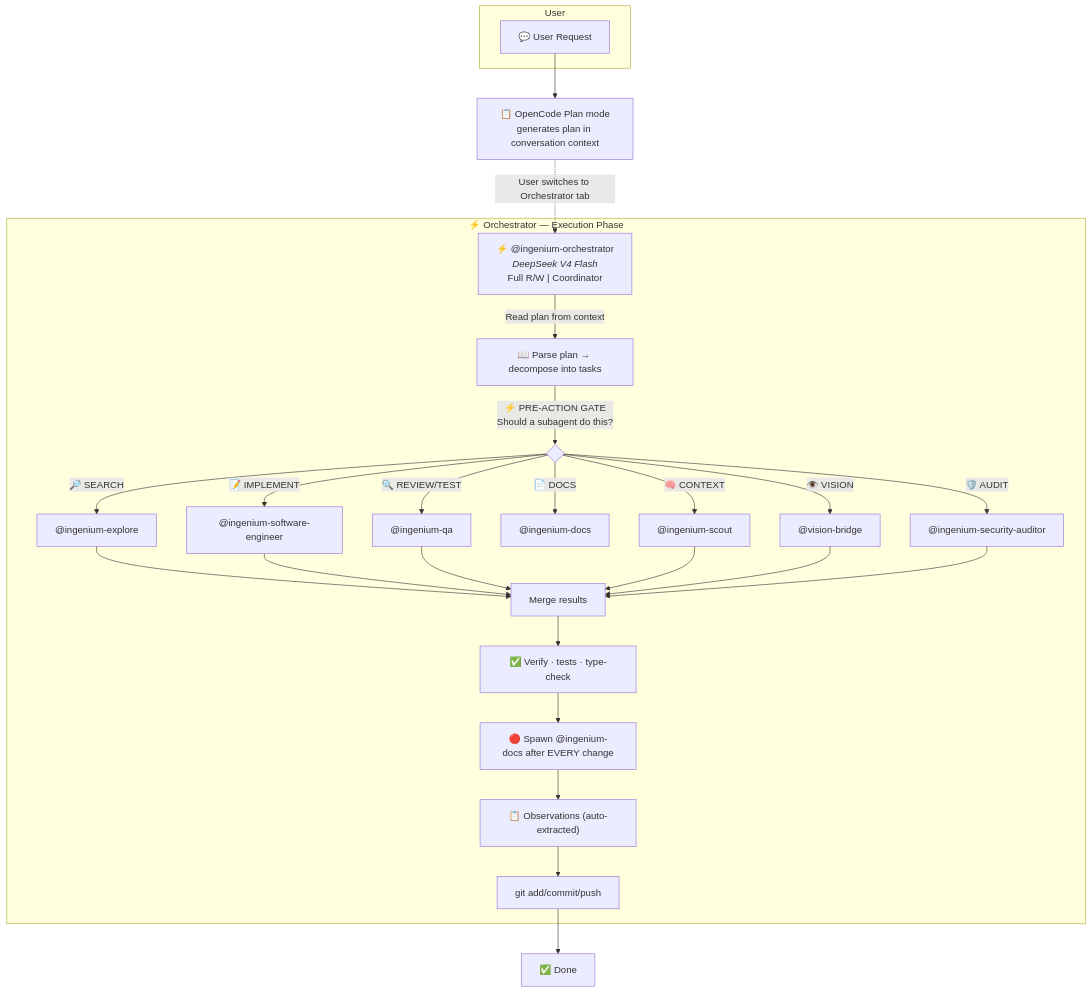
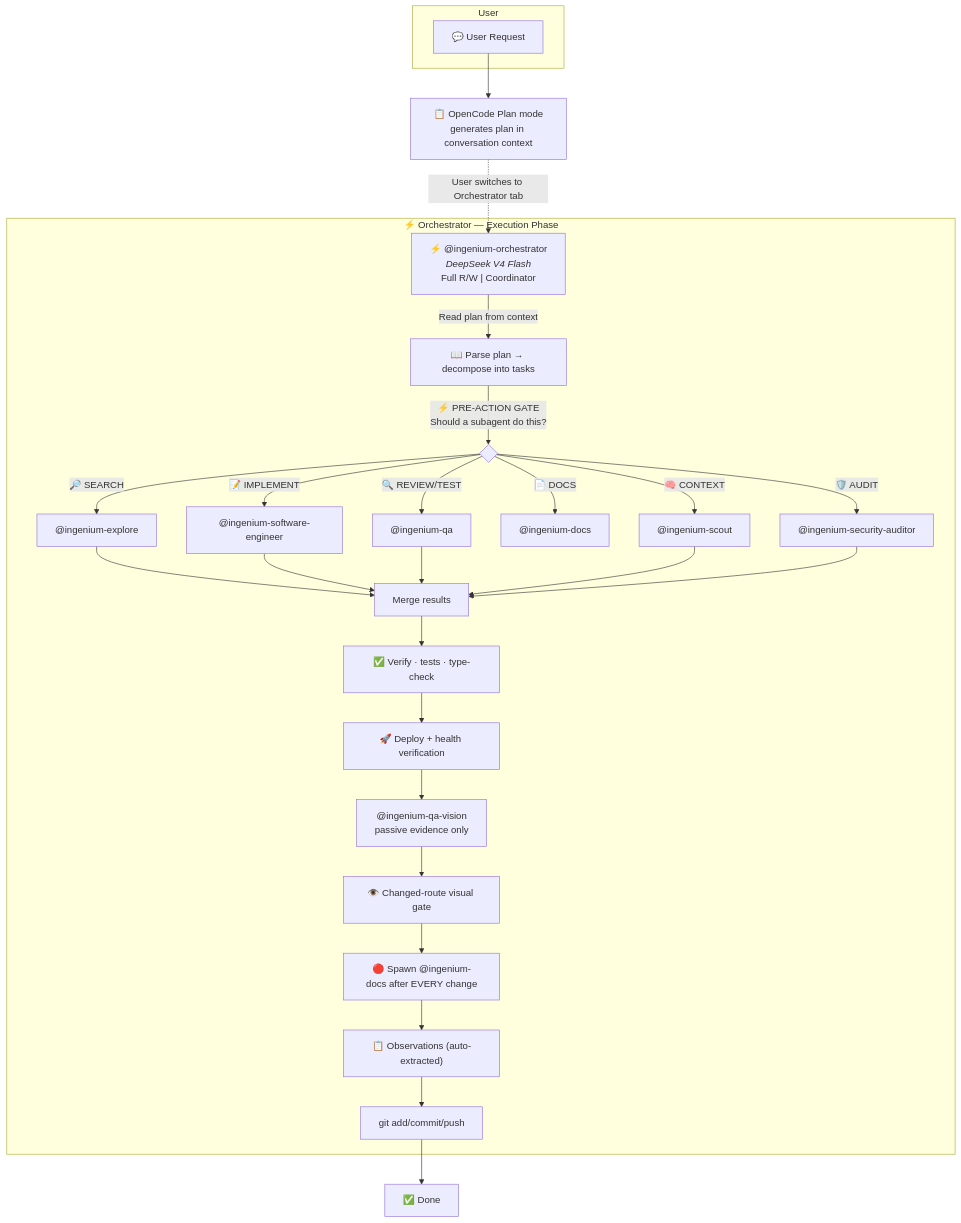
The first of 2 diagrams in docs/configure/agents.md (jtmb/ingenium), drawn with Mermaid before and after one commit. The commit also changed other lines of this file and 33 other files, not shown here.

First line of the commit message:
feat: migrate vision-bridge to ingenium-qa-vision, fix P1 bugs, secure iframes, add keyboard accessibility

````diff
--- a/docs/configure/agents.md
+++ b/docs/configure/agents.md
@@ -22,36 +22,37 @@
 ```mermaid
 flowchart TB
     subgraph User
         REQ["💬 User Request"]
     end
 
     REQ --> PLAN["📋 OpenCode Plan mode<br/>generates plan in conversation context"]
 
     PLAN -.->|"User switches to Orchestrator tab"| O
 
     O["⚡ @ingenium-orchestrator<br/><i>DeepSeek V4 Flash</i><br/>Full R/W | Coordinator"]
 
     subgraph Orchestrator["⚡ Orchestrator — Execution Phase"]
         O -->|"Read plan from context"| READPLAN["📖 Parse plan → decompose into tasks"]
         READPLAN -->|"⚡ PRE-ACTION GATE<br/>Should a subagent do this?"| GATE{ }
         GATE -->|"🔎 SEARCH"| EXP["@ingenium-explore"]
         GATE -->|"📝 IMPLEMENT"| SE["@ingenium-software-engineer"]
         GATE -->|"🔍 REVIEW/TEST"| QA["@ingenium-qa"]
         GATE -->|"📄 DOCS"| DOCS["@ingenium-docs"]
         GATE -->|"🛡️ AUDIT"| AUDITOR["@ingenium-security-auditor"]
         GATE -->|"🧠 CONTEXT"| SCOUT["@ingenium-scout"]
-        GATE -->|"👁️ VISION"| VB["@vision-bridge"]
         EXP --> MERGE["Merge results"]
         SE --> MERGE
         QA --> MERGE
         SCOUT --> MERGE
-        VB --> MERGE
         AUDITOR --> MERGE
         MERGE --> VERIFY["✅ Verify · tests · type-check"]
-        VERIFY --> DOC["🔴 Spawn @ingenium-docs after EVERY change"]
+        VERIFY --> HEALTH["🚀 Deploy + health verification"]
+        HEALTH --> VISION["@ingenium-qa-vision<br/>passive evidence only"]
+        VISION --> VISION_GATE["👁️ Changed-route visual gate"]
+        VISION_GATE --> DOC["🔴 Spawn @ingenium-docs after EVERY change"]
         DOC --> OBSERVE["📋 Observations (auto-extracted)"]
         OBSERVE --> COMMIT["git add/commit/push"]
     end
 
     COMMIT --> DONE["✅ Done"]
 ```
````
